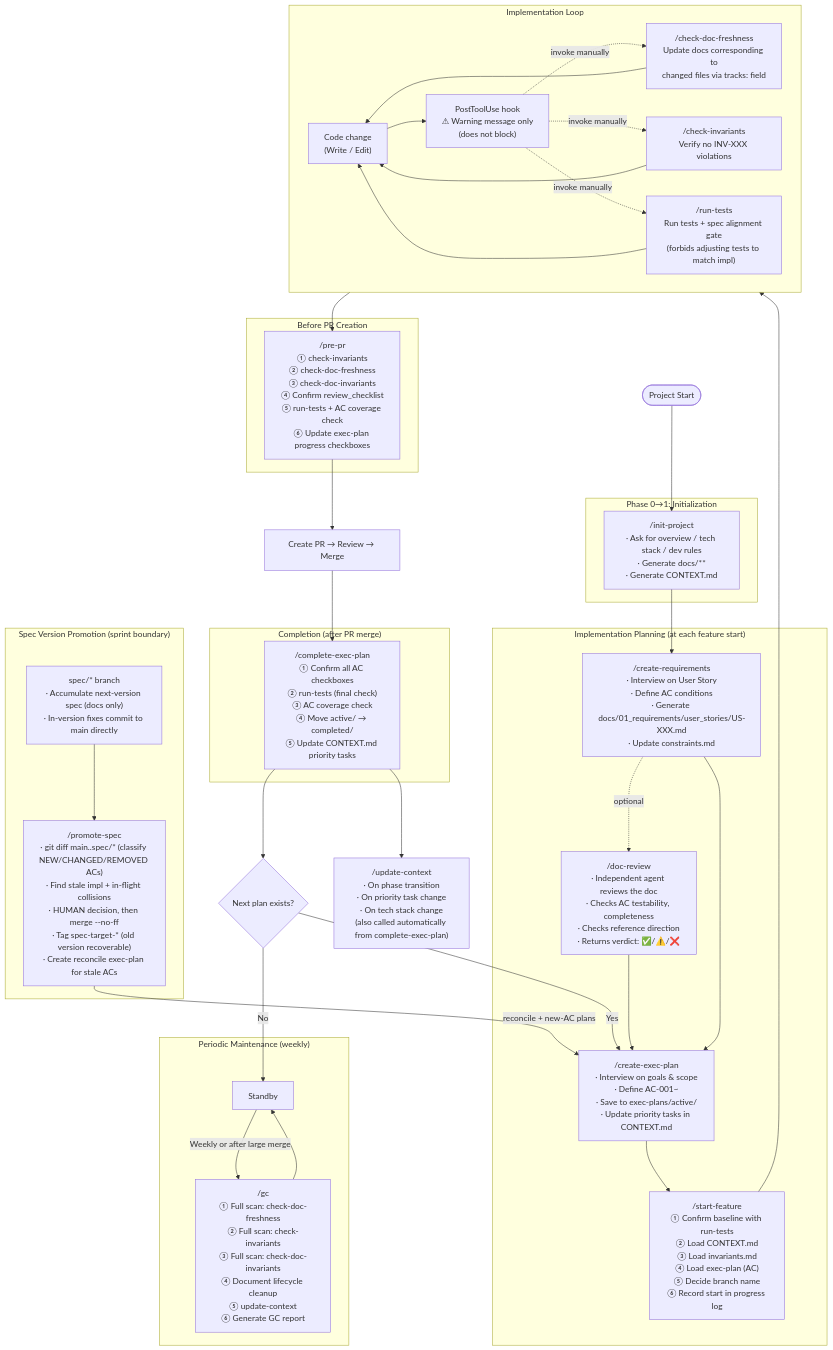
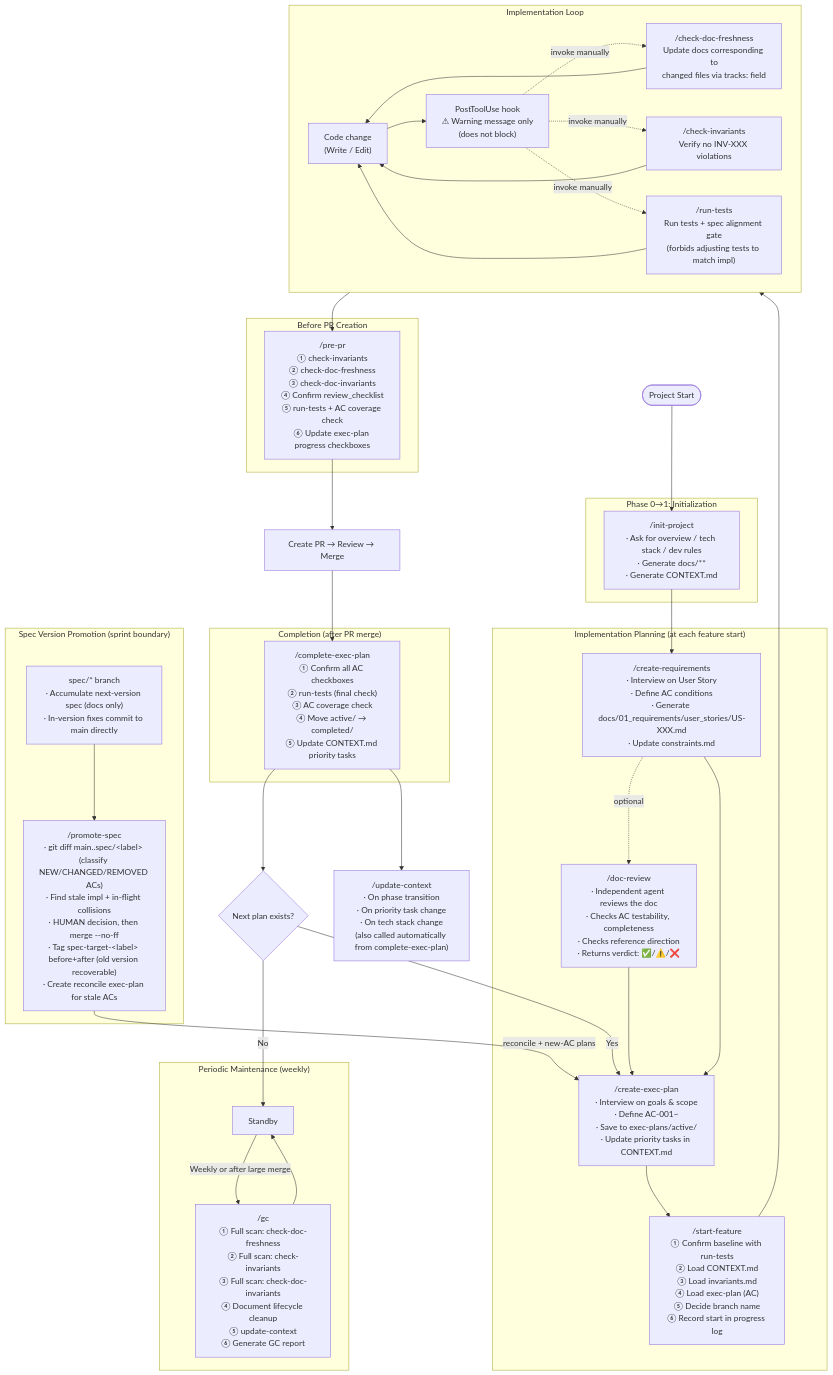
One commit to aki-senri/DocDDTemplate changed the first of 2 diagrams in SKILL_FLOW.md. Above: the diagram before and after it, drawn with Mermaid. The commit also changed 2 other files, not shown here.

Commit message:
fix: Copilot レビュー指摘5件に対応
- SKILL_FLOW.md: Mermaid 図の `git diff main..spec/*` を `spec/<label>` 明示に
  （glob/構文として成立しない表記を修正）
- CLAUDE.md: タグは昇格前後の各スナップショットを保存する旨を明示し、
  共有リモートへの push が復元の前提である点を追記
- promote-spec Step6.1: 「immutable」を「上書きしない運用ルール」に表現変更
  （git は -f でタグを移動できるため事実誤認を避ける）
- promote-spec Step6: タグ/マージを共有リモートへ push するステップを追加
  （ローカルのみのタグでは他メンバーが復元できず recoverable 前提が崩れる）
- promote-spec レポート: reconcile/新規プラン作成後の次アクション
  （/start-feature・/create-exec-plan）を明示し SKILL_FLOW の handoff と整合

````diff
--- a/SKILL_FLOW.md
+++ b/SKILL_FLOW.md
@@ -5,76 +5,76 @@
 ```mermaid
 flowchart TD
     START([Project Start]) --> INIT
 
     subgraph PHASE01["Phase 0→1: Initialization"]
         INIT["/init-project\n· Ask for overview / tech stack / dev rules\n· Generate docs/**\n· Generate CONTEXT.md"]
     end
 
     INIT --> REQ
 
     subgraph PLAN_PHASE["Implementation Planning (at each feature start)"]
         REQ["/create-requirements\n· Interview on User Story\n· Define AC conditions\n· Generate docs/01_requirements/user_stories/US-XXX.md\n· Update constraints.md"]
         REQ -.->|optional| DR
         DR["/doc-review\n· Independent agent reviews the doc\n· Checks AC testability, completeness\n· Checks reference direction\n· Returns verdict: ✅/⚠️/❌"]
         DR --> PLAN
         REQ --> PLAN
         PLAN["/create-exec-plan\n· Interview on goals & scope\n· Define AC-001~\n· Save to exec-plans/active/\n· Update priority tasks in CONTEXT.md"]
         PLAN --> SF
         SF["/start-feature\n① Confirm baseline with run-tests\n② Load CONTEXT.md\n③ Load invariants.md\n④ Load exec-plan (AC)\n⑤ Decide branch name\n⑥ Record start in progress log"]
     end
 
     SF --> IMPL
 
     subgraph IMPL["Implementation Loop"]
         CODE["Code change\n(Write / Edit)"]
         HOOK["PostToolUse hook\n⚠ Warning message only\n(does not block)"]
         CDF["/check-doc-freshness\nUpdate docs corresponding to\nchanged files via tracks: field"]
         CI["/check-invariants\nVerify no INV-XXX violations"]
         RT["/run-tests\nRun tests + spec alignment gate\n(forbids adjusting tests to match impl)"]
 
         CODE --> HOOK
         HOOK -.->|invoke manually| CDF
         HOOK -.->|invoke manually| CI
         HOOK -.->|invoke manually| RT
         CDF --> CODE
         CI --> CODE
         RT --> CODE
     end
 
     IMPL --> PREPR
 
     subgraph PREPR_PHASE["Before PR Creation"]
         PREPR["/pre-pr\n① check-invariants\n② check-doc-freshness\n③ check-doc-invariants\n④ Confirm review_checklist\n⑤ run-tests + AC coverage check\n⑥ Update exec-plan progress checkboxes"]
     end
 
     PREPR --> PR
     PR["Create PR → Review → Merge"]
     PR --> COMPLETE
 
     subgraph COMPLETE_PHASE["Completion (after PR merge)"]
         COMPLETE["/complete-exec-plan\n① Confirm all AC checkboxes\n② run-tests (final check)\n③ AC coverage check\n④ Move active/ → completed/\n⑤ Update CONTEXT.md priority tasks"]
     end
 
     COMPLETE --> NEXT
     NEXT{Next plan exists?}
     NEXT -->|Yes| PLAN
     NEXT -->|No| GC_WAIT
 
     subgraph GC_PHASE["Periodic Maintenance (weekly)"]
         GC_WAIT["Standby"]
         GC["/gc\n① Full scan: check-doc-freshness\n② Full scan: check-invariants\n③ Full scan: check-doc-invariants\n④ Document lifecycle cleanup\n⑤ update-context\n⑥ Generate GC report"]
         GC_WAIT -->|Weekly or after large merge| GC
         GC --> GC_WAIT
     end
 
     subgraph SPEC_PROMO["Spec Version Promotion (sprint boundary)"]
         SPECBR["spec/* branch\n· Accumulate next-version spec (docs only)\n· In-version fixes commit to main directly"]
-        PROMO["/promote-spec\n· git diff main..spec/* (classify NEW/CHANGED/REMOVED ACs)\n· Find stale impl + in-flight collisions\n· HUMAN decision, then merge --no-ff\n· Tag spec-target-* (old version recoverable)\n· Create reconcile exec-plan for stale ACs"]
+        PROMO["/promote-spec\n· git diff main..spec/&lt;label&gt; (classify NEW/CHANGED/REMOVED ACs)\n· Find stale impl + in-flight collisions\n· HUMAN decision, then merge --no-ff\n· Tag spec-target-&lt;label&gt; before+after (old version recoverable)\n· Create reconcile exec-plan for stale ACs"]
         SPECBR --> PROMO
     end
 
     PROMO -->|reconcile + new-AC plans| PLAN
 
     UC["/update-context\n· On phase transition\n· On priority task change\n· On tech stack change\n(also called automatically from complete-exec-plan)"]
     COMPLETE --> UC
 ```
````
